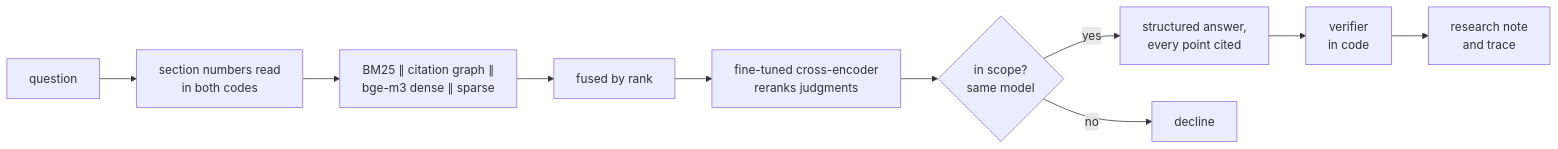
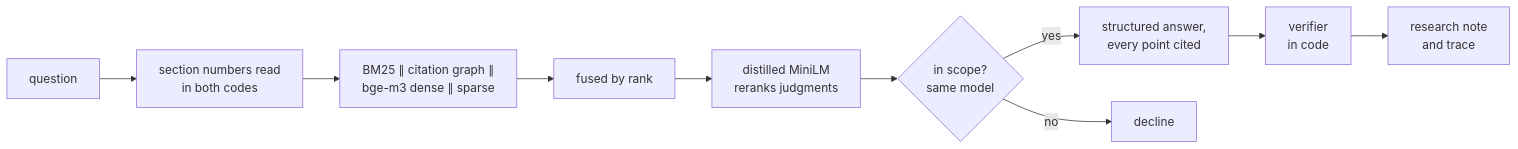
One commit to Arav-Arun/Dhara changed the diagram in README.md. Above: the diagram before and after it, drawn with Mermaid. The commit also changed other lines of this file and 3 other files, not shown here.

````diff
--- a/README.md
+++ b/README.md
@@ -50,12 +50,12 @@
 ```mermaid
 flowchart LR
     Q[question] --> E[section numbers read<br>in both codes]
     E --> R[BM25 ∥ citation graph ∥<br>bge-m3 dense ∥ sparse]
     R --> F[fused by rank]
-    F --> X[fine-tuned cross-encoder<br>reranks judgments]
+    F --> X[distilled MiniLM<br>reranks judgments]
     X --> C{in scope?<br>same model}
     C -->|yes| G[structured answer,<br>every point cited]
     C -->|no| D[decline]
     G --> V[verifier<br>in code]
     V --> A[research note<br>and trace]
 ```
````
